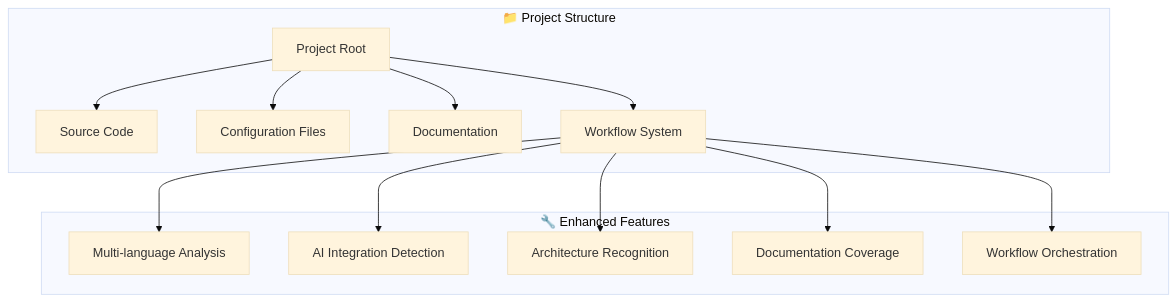
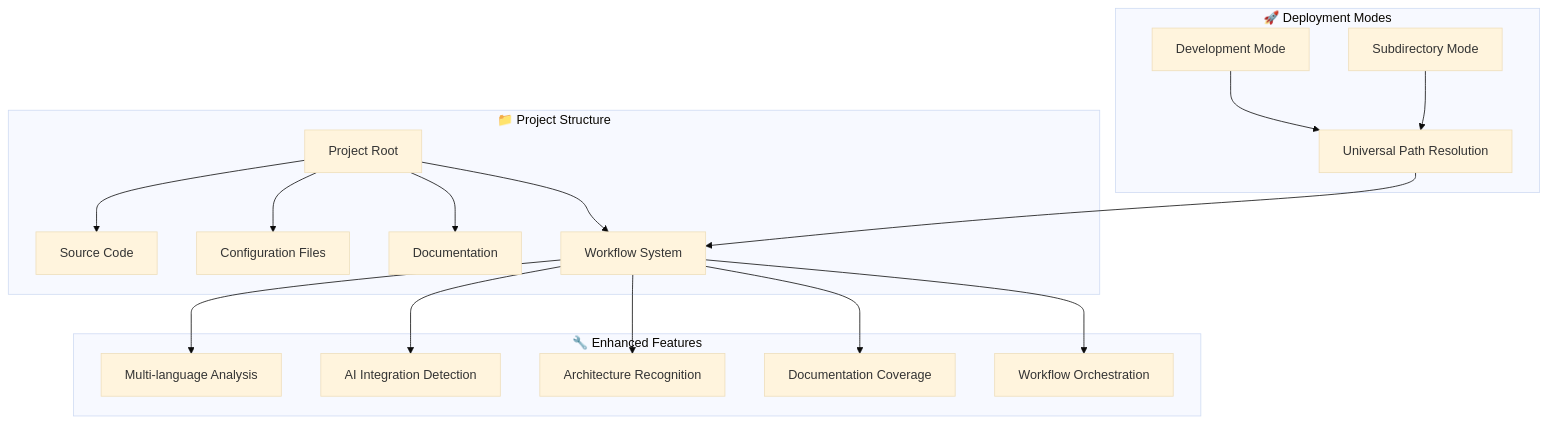
One commit to Spitfire-Products/Arkival-V4 changed the first of 5 diagrams in ARCHITECTURE_DIAGRAM.md. Above: the diagram before and after it, drawn with Mermaid (base theme). The commit also changed other lines of this file and 32 other files, not shown here.

````diff
--- a/ARCHITECTURE_DIAGRAM.md
+++ b/ARCHITECTURE_DIAGRAM.md
@@ -9,29 +9,39 @@
 ```mermaid
 graph TB
     subgraph "📁 Project Structure"
         A[Project Root]
         B[Source Code]
         C[Configuration Files]
         D[Documentation]
         E[Workflow System]
         
         A --> B
         A --> C
         A --> D
         A --> E
     end
 
+    subgraph "🚀 Deployment Modes"
+        MODE1[Development Mode]
+        MODE2[Subdirectory Mode]
+        PATH[Universal Path Resolution]
+        
+        MODE1 --> PATH
+        MODE2 --> PATH
+    end
+
     subgraph "🔧 Enhanced Features"
         F[Multi-language Analysis]
         G[AI Integration Detection] 
         H[Architecture Recognition]
         I[Documentation Coverage]
         J[Workflow Orchestration]
     end
 
     E --> F
     E --> G
     E --> H
     E --> I
     E --> J
+    PATH --> E
 ```
````
